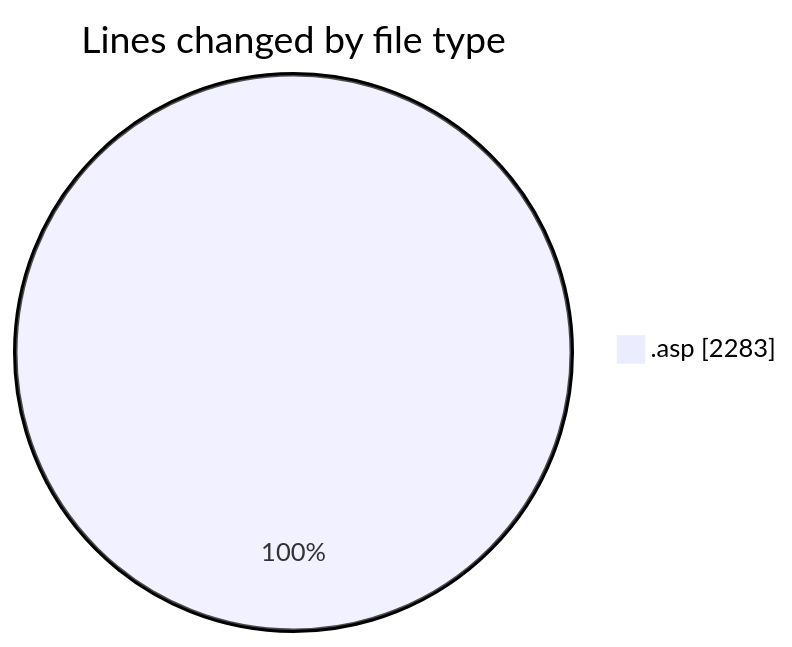
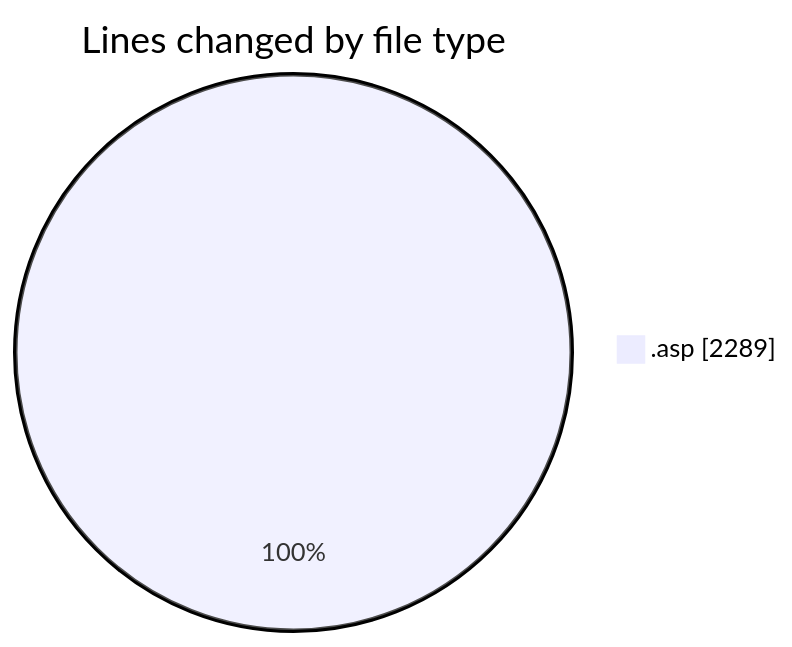
Before and after one commit to julien-gomy/code-tracking: the first of 2 diagrams in 2025-11-20/cdp_aleoudev_fr__workspace_/README.md, drawn with Mermaid. The commit also changed other lines of this file and 1 other file, not shown here.

````diff
--- a/2025-11-20/cdp_aleoudev_fr__workspace_/README.md
+++ b/2025-11-20/cdp_aleoudev_fr__workspace_/README.md
@@ -25,5 +25,5 @@
 ```mermaid
 pie showData
 title Lines changed by file type
-".asp" : 2283
+".asp" : 2289
 ```
````
